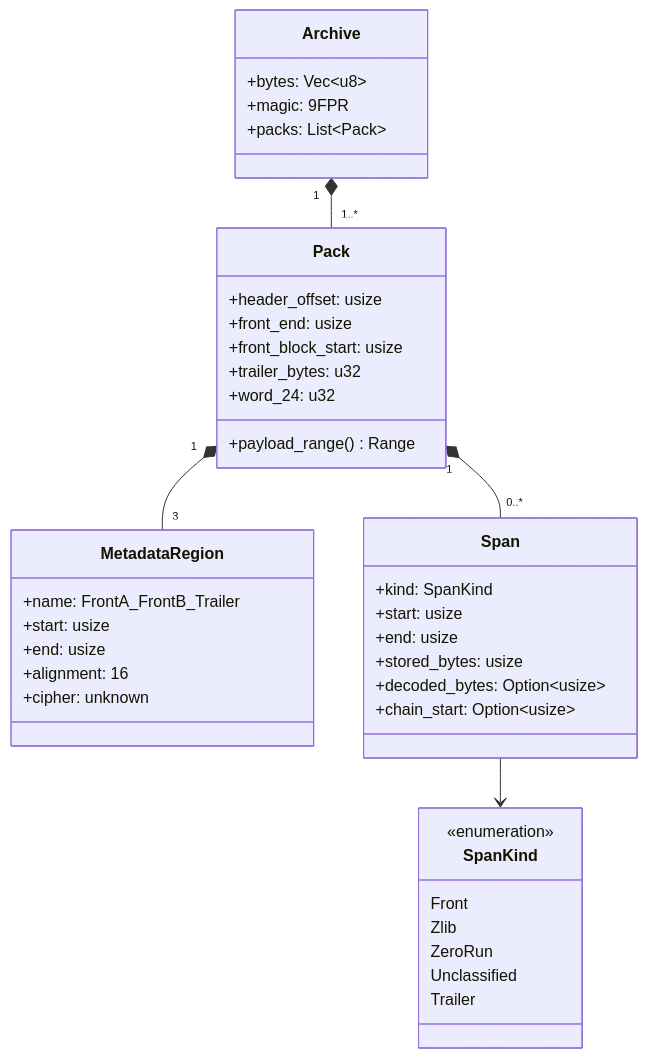
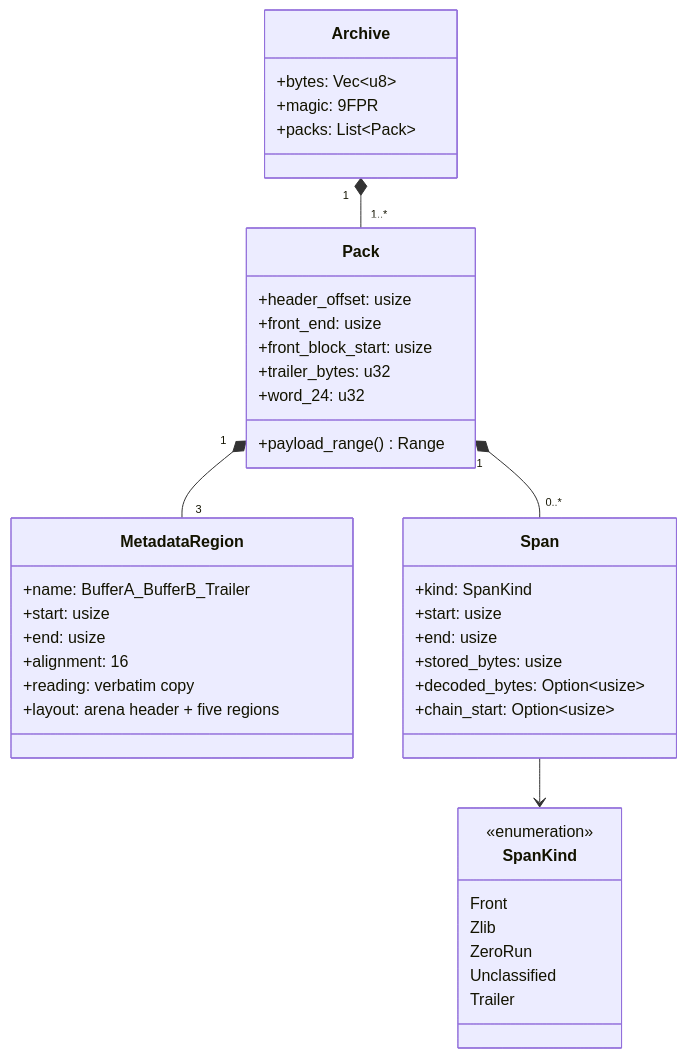
Before and after one commit to lynxnathan/rage-tools-vi: the second of 5 diagrams in docs/rpf9/format.md, drawn with Mermaid. The commit also changed 2 other files, not shown here.

Commit message:
docs: last stale cipher framings removed; layout diagram now shows the verbatim read

````diff
--- a/docs/rpf9/format.md
+++ b/docs/rpf9/format.md
@@ -36,43 +36,44 @@
 ```mermaid
 classDiagram
     class Archive {
         +bytes: Vec~u8~
         +magic: 9FPR
         +packs: List~Pack~
     }
     class Pack {
         +header_offset: usize
         +front_end: usize
         +front_block_start: usize
         +trailer_bytes: u32
         +word_24: u32
         +payload_range() Range
     }
     class MetadataRegion {
-        +name: FrontA_FrontB_Trailer
+        +name: BufferA_BufferB_Trailer
         +start: usize
         +end: usize
         +alignment: 16
-        +cipher: unknown
+        +reading: verbatim copy
+        +layout: arena header + five regions
     }
     class Span {
         +kind: SpanKind
         +start: usize
         +end: usize
         +stored_bytes: usize
         +decoded_bytes: Option~usize~
         +chain_start: Option~usize~
     }
     class SpanKind {
         <<enumeration>>
         Front
         Zlib
         ZeroRun
         Unclassified
         Trailer
     }
     Archive "1" *-- "1..*" Pack
     Pack "1" *-- "3" MetadataRegion
     Pack "1" *-- "0..*" Span
     Span --> SpanKind
 ```
````
